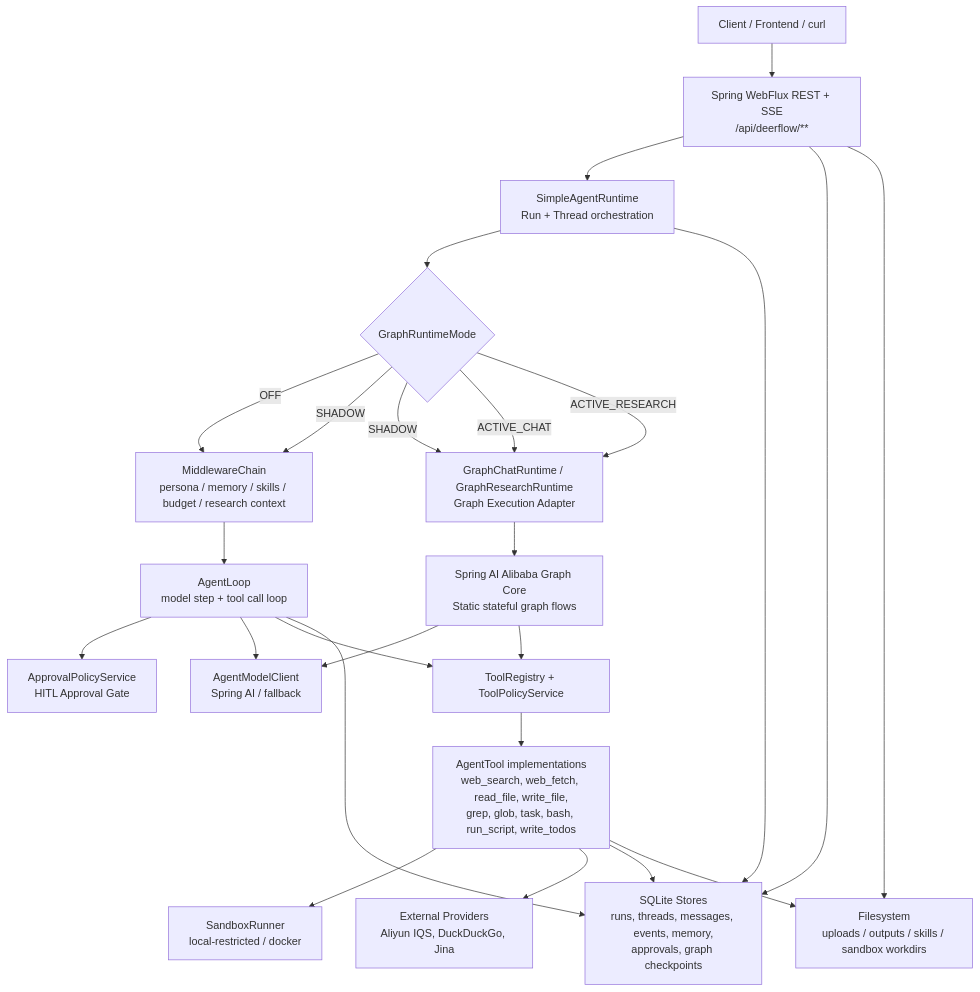
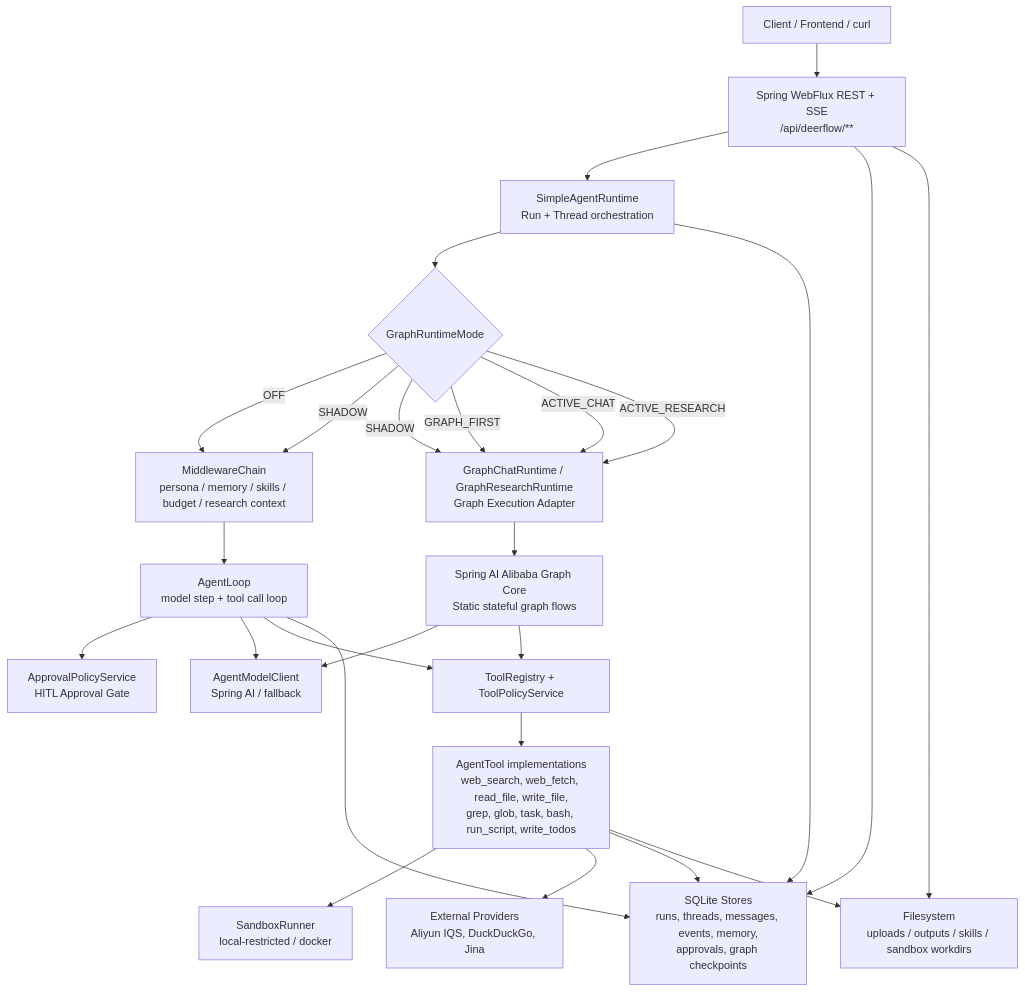
The diagram in deerflow/README.md (AarenWang/haifa-ai-deerflow), drawn with Mermaid before and after one commit. The commit also changed other lines of this file and 9 other files, not shown here.

Commit message:
Phase 8 default graph first runtime

````diff
--- a/deerflow/README.md
+++ b/deerflow/README.md
@@ -29,44 +29,45 @@
 ```mermaid
 flowchart TB
     Client["Client / Frontend / curl"]
     API["Spring WebFlux REST + SSE<br/>/api/deerflow/**"]
     Runtime["SimpleAgentRuntime<br/>Run + Thread orchestration"]
     RuntimeRoute{"GraphRuntimeMode"}
     Chain["MiddlewareChain<br/>persona / memory / skills / budget / research context"]
     Loop["AgentLoop<br/>model step + tool call loop"]
     ApprovalGate["ApprovalPolicyService<br/>HITL Approval Gate"]
     GraphRuntime["GraphChatRuntime / GraphResearchRuntime<br/>Graph Execution Adapter"]
     AlibabaGraph["Spring AI Alibaba Graph Core<br/>Static stateful graph flows"]
     Model["AgentModelClient<br/>Spring AI / fallback"]
     Registry["ToolRegistry + ToolPolicyService"]
     Tools["AgentTool implementations<br/>web_search, web_fetch, read_file, write_file,<br/>grep, glob, task, bash, run_script, write_todos"]
     Sandbox["SandboxRunner<br/>local-restricted / docker"]
     Providers["External Providers<br/>Aliyun IQS, DuckDuckGo, Jina"]
     Stores["SQLite Stores<br/>runs, threads, messages, events, memory,<br/>approvals, graph checkpoints"]
     Artifacts["Filesystem<br/>uploads / outputs / skills / sandbox workdirs"]
 
     Client --> API
     API --> Runtime
     Runtime --> RuntimeRoute
     RuntimeRoute -->|OFF| Chain
     RuntimeRoute -->|SHADOW| Chain
     RuntimeRoute -->|SHADOW| GraphRuntime
+    RuntimeRoute -->|GRAPH_FIRST| GraphRuntime
     RuntimeRoute -->|ACTIVE_CHAT| GraphRuntime
     RuntimeRoute -->|ACTIVE_RESEARCH| GraphRuntime
     GraphRuntime --> AlibabaGraph
     AlibabaGraph --> Model
     AlibabaGraph --> Registry
     Chain --> Loop
     Loop --> ApprovalGate
     Loop --> Model
     Loop --> Registry
     Registry --> Tools
     Tools --> Sandbox
     Tools --> Providers
     Runtime --> Stores
     Loop --> Stores
     Tools --> Stores
     Tools --> Artifacts
     API --> Stores
     API --> Artifacts
 ```
````
